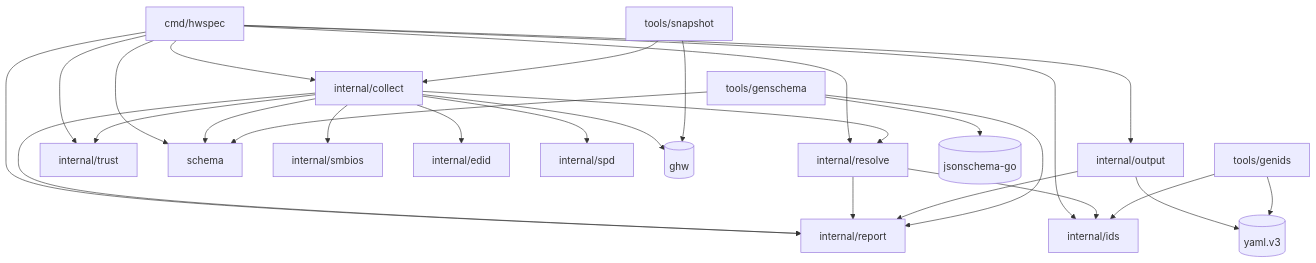
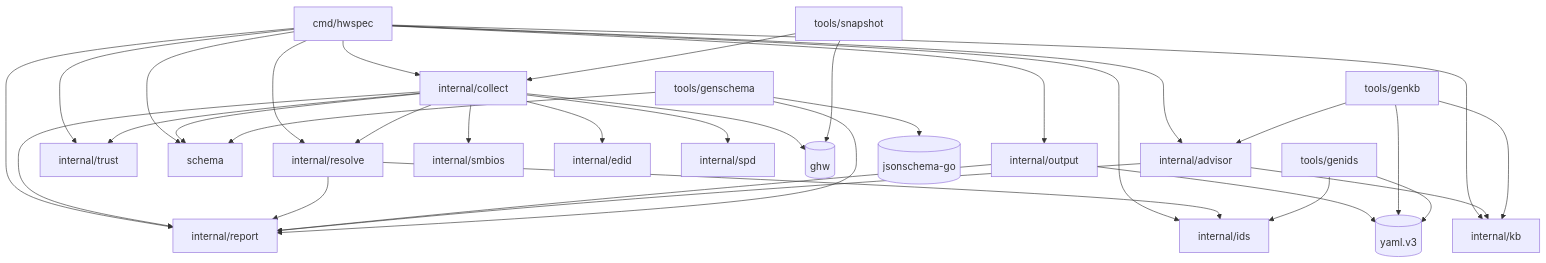
One commit to jiegui2025/hwspec changed the second of 3 diagrams in ARCHITECTURE.md. Above: the diagram before and after it, drawn with Mermaid. The commit also changed other lines of this file and 15 other files, not shown here.

````diff
--- a/ARCHITECTURE.md
+++ b/ARCHITECTURE.md
@@ -40,17 +44,20 @@
 ```mermaid
 flowchart TD
-  cmd[cmd/hwspec] --> collect & resolve & output & ids & report & trust & schema
+  cmd[cmd/hwspec] --> collect & resolve & output & ids & report & trust & schema & advisor & kb
   collect[internal/collect] --> report & resolve & smbios & edid & spd & trust & schema & ghw[(ghw)]
   resolve[internal/resolve] --> ids & report
   output[internal/output] --> report & yaml[(yaml.v3)]
+  advisor[internal/advisor] --> report & kb
+  genkb[tools/genkb] --> kb & advisor & yaml
+  kb[internal/kb]
   genids[tools/genids] --> ids & yaml
   snapshot[tools/snapshot] --> collect & ghw
   genschema[tools/genschema] --> report & schema & jsonschema[(jsonschema-go)]
   schema[schema]
   ids[internal/ids]
   report[internal/report]
   smbios[internal/smbios]
   edid[internal/edid]
   spd[internal/spd]
   trust[internal/trust]
 ```
````
